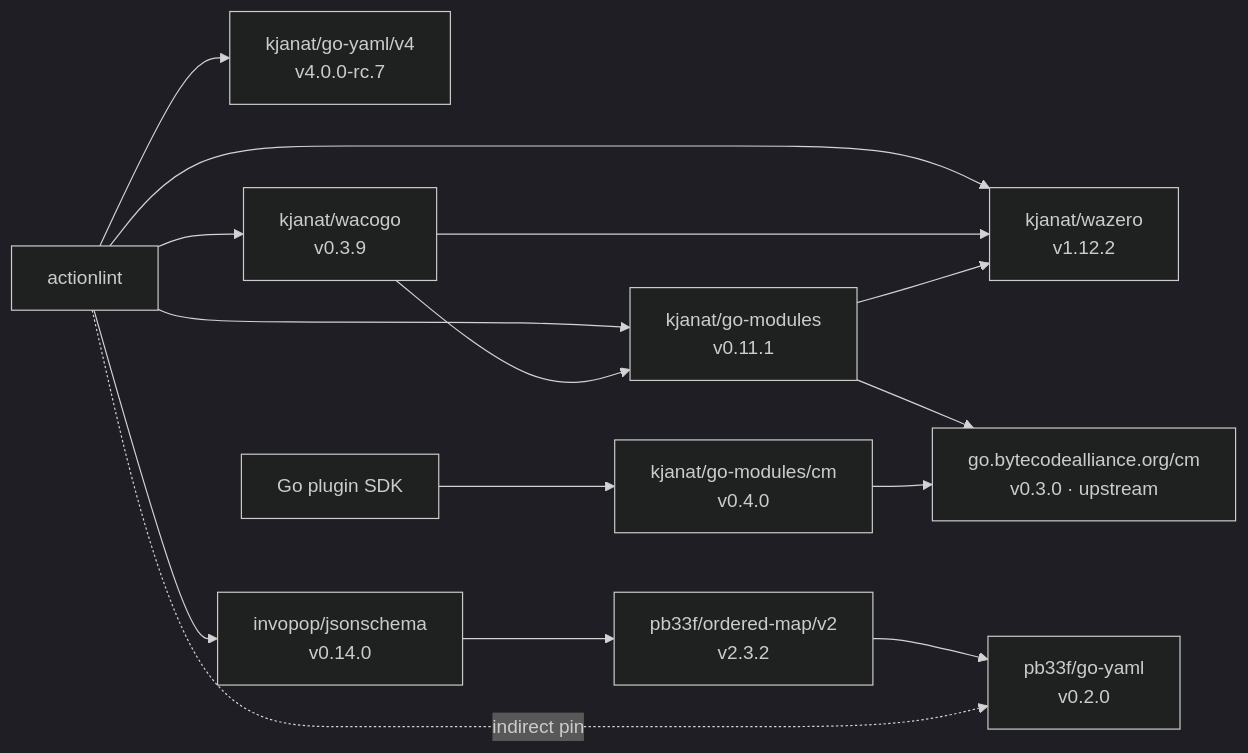
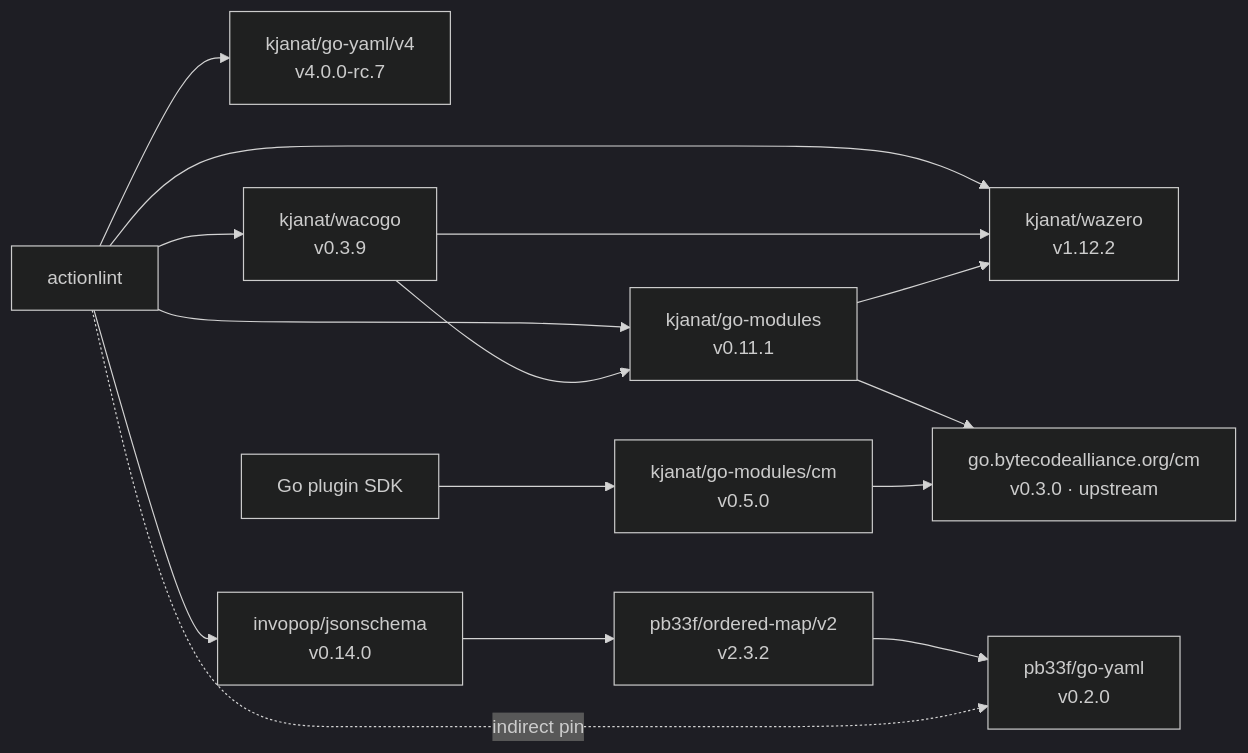
One commit to kjanat/actionlint changed the diagram in docs/go-forks.md. Above: the diagram before and after it, drawn with Mermaid (dark theme). The commit also changed 4 other files, not shown here.

Commit message:
Update module github.com/kjanat/go-modules/cm to v0.5.0

````diff
--- a/docs/go-forks.md
+++ b/docs/go-forks.md
@@ -5,26 +5,26 @@
 ```mermaid
 flowchart LR
     %% renovate: depName=github.com/kjanat/go-yaml/v4
     A[actionlint] --> Y["kjanat/go-yaml/v4<br/>v4.0.0-rc.7"]
     %% renovate: depName=github.com/kjanat/wacogo
     A --> W["kjanat/wacogo<br/>v0.3.9"]
     %% renovate: depName=github.com/kjanat/wazero
     A --> Z["kjanat/wazero<br/>v1.12.2"]
     %% renovate: depName=github.com/kjanat/go-modules
     A --> G["kjanat/go-modules<br/>v0.11.1"]
     W --> G
     W --> Z
     G --> Z
     %% renovate: depName=github.com/kjanat/go-modules/cm
-    E[Go plugin SDK] --> CM["kjanat/go-modules/cm<br/>v0.4.0"]
+    E[Go plugin SDK] --> CM["kjanat/go-modules/cm<br/>v0.5.0"]
     %% renovate: depName=go.bytecodealliance.org/cm
     G --> U["go.bytecodealliance.org/cm<br/>v0.3.0 · upstream"]
     CM --> U
     %% renovate: depName=github.com/invopop/jsonschema
     A --> J["invopop/jsonschema<br/>v0.14.0"]
     %% renovate: depName=github.com/pb33f/ordered-map/v2
     J --> O["pb33f/ordered-map/v2<br/>v2.3.2"]
     %% renovate: depName=github.com/pb33f/go-yaml
     O --> P["pb33f/go-yaml<br/>v0.2.0"]
     A -. indirect pin .-> P
 ```
````
